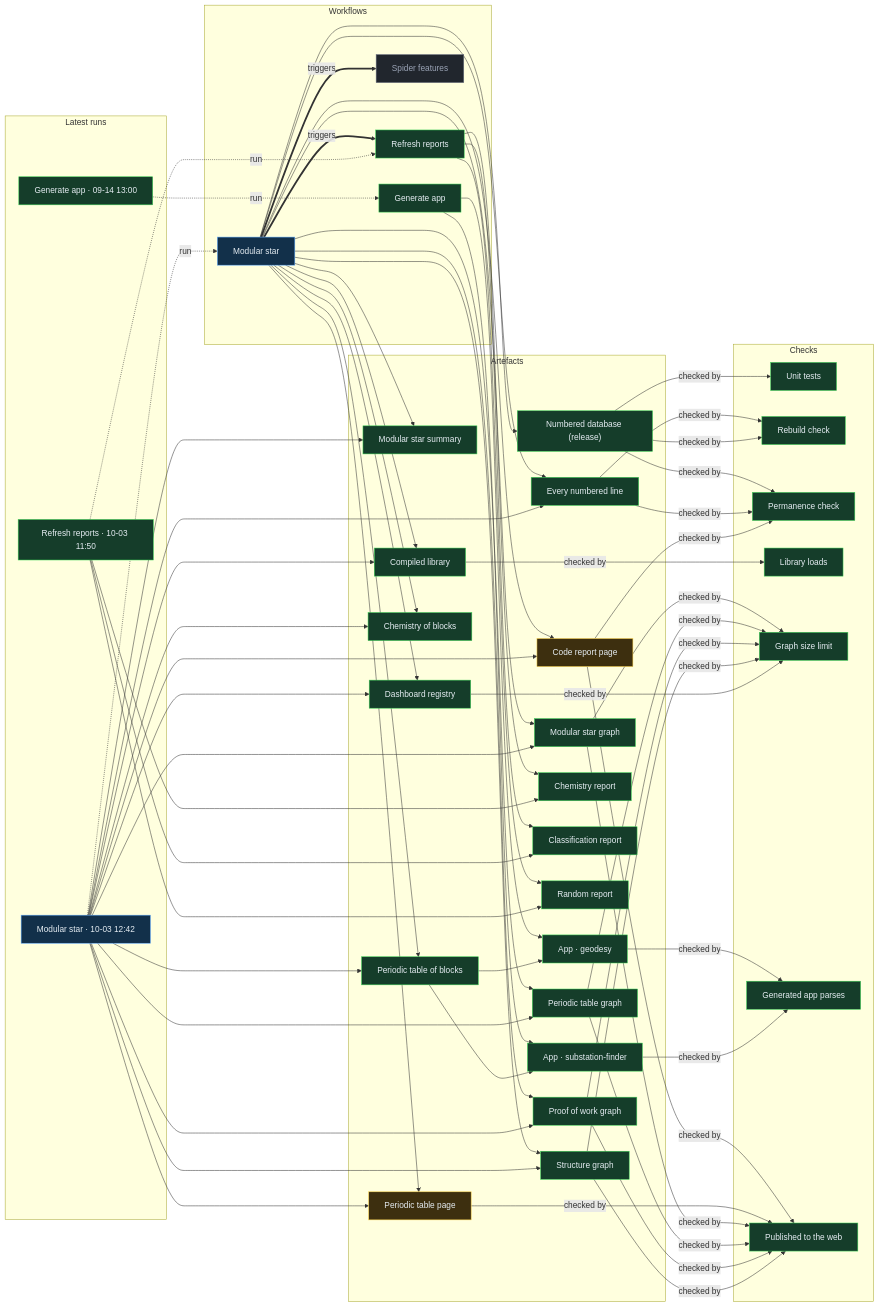
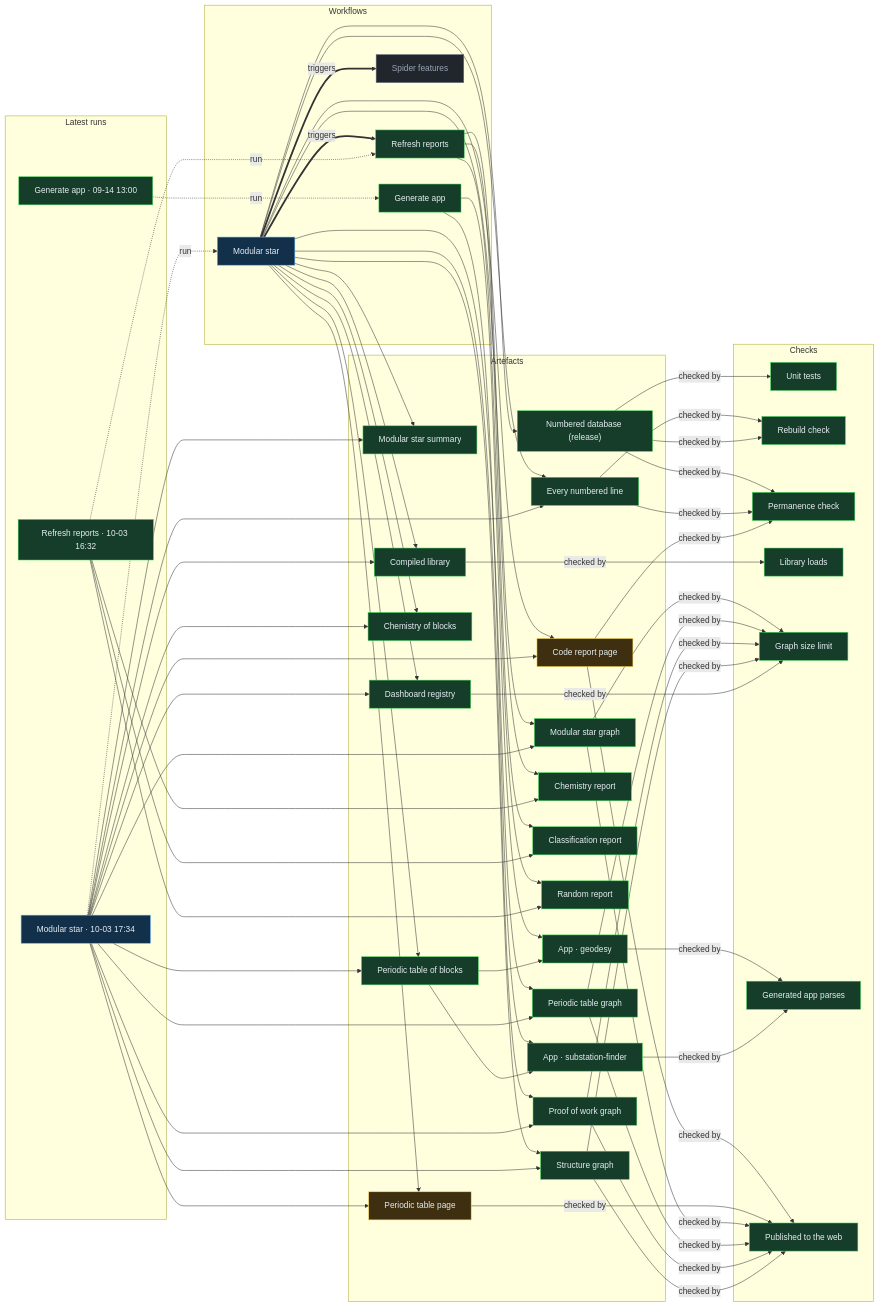
Before and after one commit to Ventusltd/stars: the diagram in proof/PROOF.md, drawn with Mermaid. The commit also changed other lines of this file and 26 other files, not shown here.

Commit message:
Modular star 2026-10-03T17:37Z

```diff
--- a/proof/PROOF.md
+++ b/proof/PROOF.md
@@ -24,8 +24,8 @@
   n_wf_spider_features["Spider features"]:::off
   end
   subgraph g_runs["Latest runs"]
-  n_run_37123727468["Modular star · 10-03 12:42"]:::live
-  n_run_37120938531["Refresh reports · 10-03 11:50"]:::ok
+  n_run_37141021359["Modular star · 10-03 17:34"]:::live
+  n_run_37137215727["Refresh reports · 10-03 16:32"]:::ok
   n_run_34846587798["Generate app · 09-14 13:00"]:::ok
   end
   subgraph g_artefacts["Artefacts"]
@@ -59,39 +59,39 @@
   end
   n_wf_modular_star == triggers ==> n_wf_refresh
   n_wf_modular_star == triggers ==> n_wf_spider_features
-  n_run_37123727468 -. run .-> n_wf_modular_star
-  n_run_37120938531 -. run .-> n_wf_refresh
+  n_run_37141021359 -. run .-> n_wf_modular_star
+  n_run_37137215727 -. run .-> n_wf_refresh
   n_run_34846587798 -. run .-> n_wf_generate
   n_wf_modular_star --> n_art_summary
-  n_run_37123727468 --> n_art_summary
+  n_run_37141021359 --> n_art_summary
   n_wf_modular_star --> n_art_lines
-  n_run_37123727468 --> n_art_lines
+  n_run_37141021359 --> n_art_lines
   n_wf_modular_star --> n_art_code
-  n_run_37123727468 --> n_art_code
+  n_run_37141021359 --> n_art_code
   n_wf_modular_star --> n_art_modular_graph
-  n_run_37123727468 --> n_art_modular_graph
+  n_run_37141021359 --> n_art_modular_graph
   n_wf_modular_star --> n_art_blocks
-  n_run_37123727468 --> n_art_blocks
+  n_run_37141021359 --> n_art_blocks
   n_wf_modular_star --> n_art_table
-  n_run_37123727468 --> n_art_table
+  n_run_37141021359 --> n_art_table
   n_wf_modular_star --> n_art_blocks_graph
-  n_run_37123727468 --> n_art_blocks_graph
+  n_run_37141021359 --> n_art_blocks_graph
   n_wf_modular_star --> n_art_reactions
-  n_run_37123727468 --> n_art_reactions
+  n_run_37141021359 --> n_art_reactions
   n_wf_modular_star --> n_art_library
-  n_run_37123727468 --> n_art_library
+  n_run_37141021359 --> n_art_library
   n_wf_modular_star --> n_art_features
-  n_run_37123727468 --> n_art_features
+  n_run_37141021359 --> n_art_features
   n_wf_modular_star --> n_art_proof
-  n_run_37123727468 --> n_art_proof
+  n_run_37141021359 --> n_art_proof
   n_wf_modular_star --> n_art_structure
-  n_run_37123727468 --> n_art_structure
+  n_run_37141021359 --> n_art_structure
   n_wf_refresh --> n_art_chemistry
-  n_run_37120938531 --> n_art_chemistry
+  n_run_37137215727 --> n_art_chemistry
   n_wf_refresh --> n_art_vedic
-  n_run_37120938531 --> n_art_vedic
+  n_run_37137215727 --> n_art_vedic
   n_wf_refresh --> n_art_random
-  n_run_37120938531 --> n_art_random
+  n_run_37137215727 --> n_art_random
   n_wf_modular_star --> n_art_release
   n_wf_generate --> n_app_geodesy
   n_art_blocks --> n_app_geodesy
```
